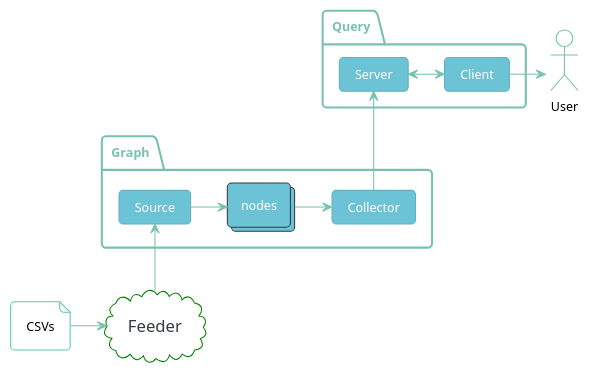
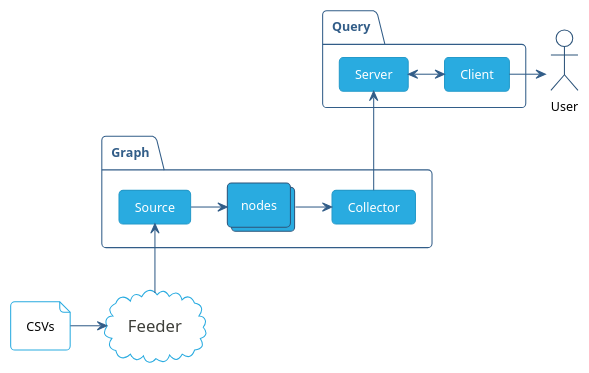
Before and after one commit to FdelMazo/7574-Distribuidos: the diagram in TP2/informe/diagrams/packages.puml, drawn with PlantUML. The commit also changed 13 other files, not shown here.

Commit message:
Avoid using red-green palette on diagrams

```diff
--- a/TP2/informe/diagrams/packages.puml
+++ b/TP2/informe/diagrams/packages.puml
@@ -1,42 +1,41 @@
 @startuml
-!theme minty
+!theme sandstone
 
 skinparam packagebackgroundcolor transparent
 skinparam CloudBackgroundColor transparent
-skinparam CloudBorderColor green
+skinparam CloudBorderColor #29abe0
 skinparam Cloudfontsize 16
-skinparam CollectionsBackgroundColor #6cc3d5
-skinparam CollectionsBorderColor #343a40
+skinparam CollectionsBackgroundColor #29abe0
 skinparam actorbackgroundcolor transparent
 skinparam actorfontcolor black
 skinparam ArrowThickness 1
-skinparam Packageborderthickness 2
+skinparam Packageborderthickness 1
 skinparam filebackgroundcolor transparent
 skinparam filefontcolor black
-skinparam filebordercolor #56cc9d
+skinparam filebordercolor #29abe0
 
 
 package "Graph" {
   collections nodes
   card Source
   card Collector
   Source -right-> nodes
   nodes -right-> Collector
 }
 
 actor User
 file CSVs
 cloud Feeder
 CSVs -right-> Feeder
 Feeder -up-> Source
 
 package "Query" {
   card Client
   card Server
   Server <---right---> Client
 }
 
 Collector -up-> Server
 Client --right--> User
 
 @enduml
```
